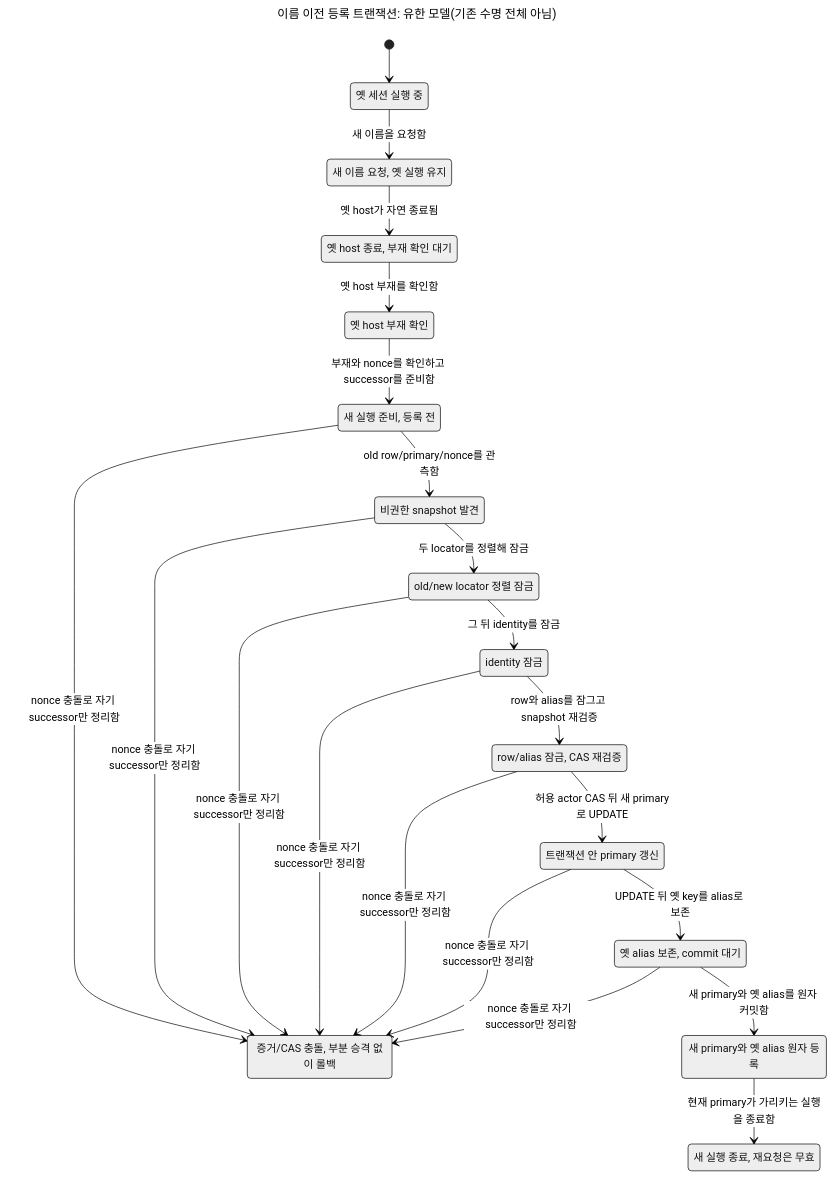
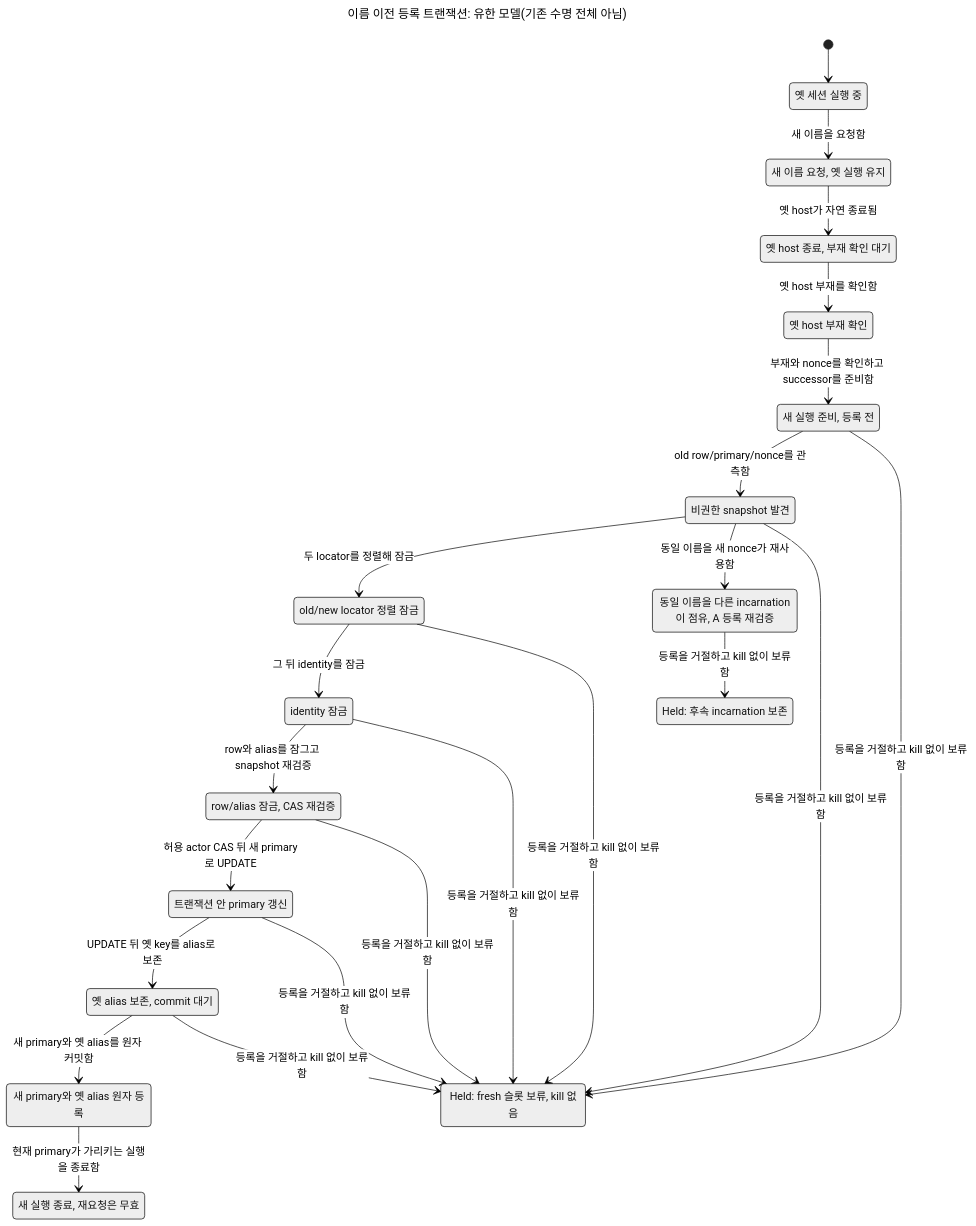
One commit to itismyfield/AgentDesk changed the diagram in docs/statecharts/session-lifecycle/herdr-naming.chart.mmd. Above: the diagram before and after it, drawn with Mermaid (neutral theme). The commit also changed 3 other files, not shown here.

```diff
--- a/docs/statecharts/session-lifecycle/herdr-naming.chart.mmd
+++ b/docs/statecharts/session-lifecycle/herdr-naming.chart.mmd
@@ -1,38 +1,42 @@
 ---
 title: "이름 이전 등록 트랜잭션: 유한 모델(기존 수명 전체 아님)"
 ---
 stateDiagram-v2
   s0: 옛 세션 실행 중
   s1: 새 이름 요청, 옛 실행 유지
   s2: 옛 host 종료, 부재 확인 대기
   s3: 옛 host 부재 확인
   s4: 새 실행 준비, 등록 전
   s5: 비권한 snapshot 발견
-  s6: 증거/CAS 충돌, 부분 승격 없이 롤백
+  s6: Held: fresh 슬롯 보류, kill 없음
   s7: old/new locator 정렬 잠금
-  s8: identity 잠금
-  s9: row/alias 잠금, CAS 재검증
-  s10: 트랜잭션 안 primary 갱신
-  s11: 옛 alias 보존, commit 대기
-  s12: 새 primary와 옛 alias 원자 등록
-  s13: 새 실행 종료, 재요청은 무효
+  s8: 동일 이름을 다른 incarnation이 점유, A 등록 재검증
+  s9: Held: 후속 incarnation 보존
+  s10: identity 잠금
+  s11: row/alias 잠금, CAS 재검증
+  s12: 트랜잭션 안 primary 갱신
+  s13: 옛 alias 보존, commit 대기
+  s14: 새 primary와 옛 alias 원자 등록
+  s15: 새 실행 종료, 재요청은 무효
   [*] --> s0
   s0 --> s1: 새 이름을 요청함
   s1 --> s2: 옛 host가 자연 종료됨
   s2 --> s3: 옛 host 부재를 확인함
   s3 --> s4: 부재와 nonce를 확인하고 successor를 준비함
   s4 --> s5: old row/primary/nonce를 관측함
   s5 --> s7: 두 locator를 정렬해 잠금
-  s4 --> s6: nonce 충돌로 자기 successor만 정리함
-  s7 --> s8: 그 뒤 identity를 잠금
-  s5 --> s6: nonce 충돌로 자기 successor만 정리함
-  s8 --> s9: row와 alias를 잠그고 snapshot 재검증
-  s7 --> s6: nonce 충돌로 자기 successor만 정리함
-  s8 --> s6: nonce 충돌로 자기 successor만 정리함
-  s9 --> s10: 허용 actor CAS 뒤 새 primary로 UPDATE
-  s9 --> s6: nonce 충돌로 자기 successor만 정리함
-  s10 --> s11: UPDATE 뒤 옛 key를 alias로 보존
-  s11 --> s12: 새 primary와 옛 alias를 원자 커밋함
-  s10 --> s6: nonce 충돌로 자기 successor만 정리함
-  s12 --> s13: 현재 primary가 가리키는 실행을 종료함
-  s11 --> s6: nonce 충돌로 자기 successor만 정리함
+  s5 --> s8: 동일 이름을 새 nonce가 재사용함
+  s4 --> s6: 등록을 거절하고 kill 없이 보류함
+  s7 --> s10: 그 뒤 identity를 잠금
+  s5 --> s6: 등록을 거절하고 kill 없이 보류함
+  s8 --> s9: 등록을 거절하고 kill 없이 보류함
+  s10 --> s11: row와 alias를 잠그고 snapshot 재검증
+  s7 --> s6: 등록을 거절하고 kill 없이 보류함
+  s10 --> s6: 등록을 거절하고 kill 없이 보류함
+  s11 --> s12: 허용 actor CAS 뒤 새 primary로 UPDATE
+  s11 --> s6: 등록을 거절하고 kill 없이 보류함
+  s12 --> s13: UPDATE 뒤 옛 key를 alias로 보존
+  s13 --> s14: 새 primary와 옛 alias를 원자 커밋함
+  s12 --> s6: 등록을 거절하고 kill 없이 보류함
+  s14 --> s15: 현재 primary가 가리키는 실행을 종료함
+  s13 --> s6: 등록을 거절하고 kill 없이 보류함
```
